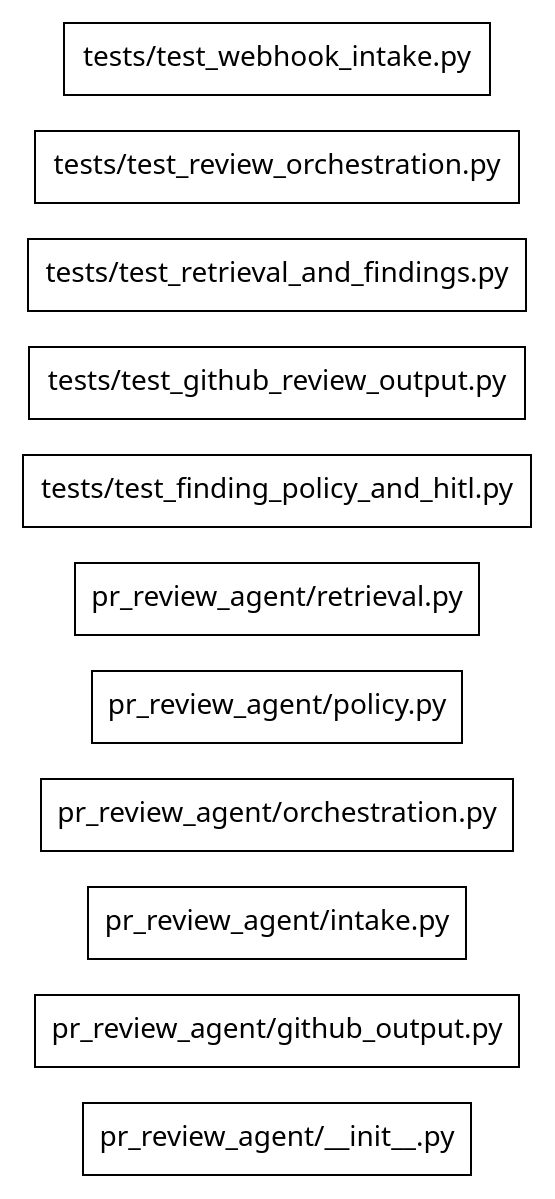
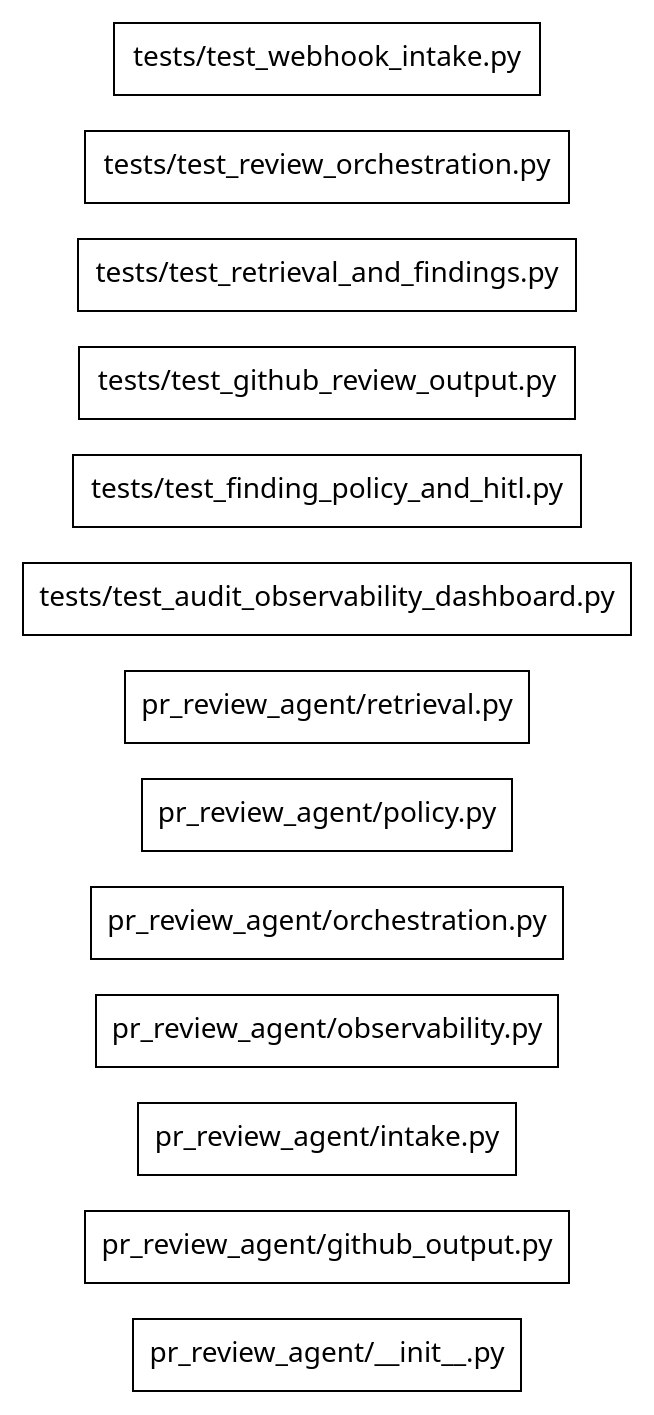
One commit to Ayush-Kant/PR-Review-Agent changed the diagram in .genesis/index/graph.dot. Above: the diagram before and after it, drawn with Graphviz. The commit also changed 16 other files, not shown here.

Commit message:
feat: implement observability, audit spine, and dashboard

```diff
--- a/.genesis/index/graph.dot
+++ b/.genesis/index/graph.dot
@@ -1,16 +1,18 @@
 digraph genesis {
   rankdir=LR;
   node [shape=box,fontname="system-ui"];
   "file:pr_review_agent/__init__.py" [label="pr_review_agent/__init__.py",class="file"];
   "file:pr_review_agent/github_output.py" [label="pr_review_agent/github_output.py",class="file"];
   "file:pr_review_agent/intake.py" [label="pr_review_agent/intake.py",class="file"];
+  "file:pr_review_agent/observability.py" [label="pr_review_agent/observability.py",class="file"];
   "file:pr_review_agent/orchestration.py" [label="pr_review_agent/orchestration.py",class="file"];
   "file:pr_review_agent/policy.py" [label="pr_review_agent/policy.py",class="file"];
   "file:pr_review_agent/retrieval.py" [label="pr_review_agent/retrieval.py",class="file"];
+  "file:tests/test_audit_observability_dashboard.py" [label="tests/test_audit_observability_dashboard.py",class="file"];
   "file:tests/test_finding_policy_and_hitl.py" [label="tests/test_finding_policy_and_hitl.py",class="file"];
   "file:tests/test_github_review_output.py" [label="tests/test_github_review_output.py",class="file"];
   "file:tests/test_retrieval_and_findings.py" [label="tests/test_retrieval_and_findings.py",class="file"];
   "file:tests/test_review_orchestration.py" [label="tests/test_review_orchestration.py",class="file"];
   "file:tests/test_webhook_intake.py" [label="tests/test_webhook_intake.py",class="file"];
 
 }
```
